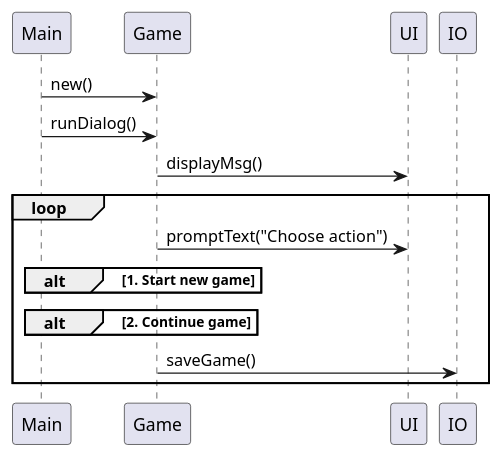
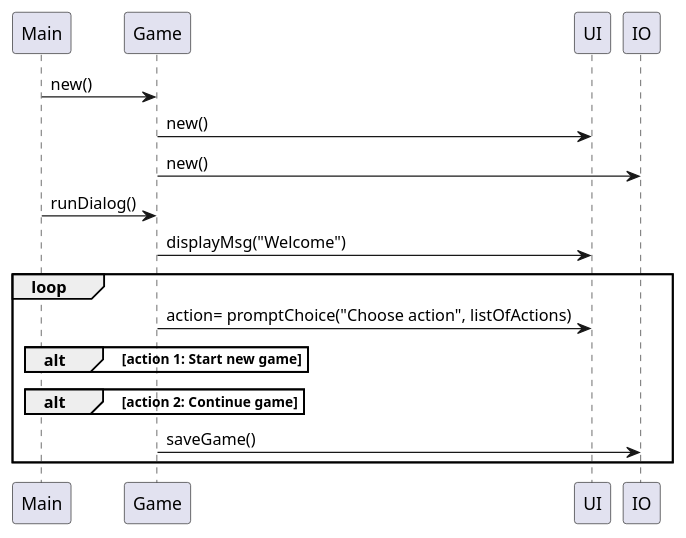
The diagram in doc/sequence_main_dialog.puml (Dat1Cphbusiness/MonopolyE24), drawn with PlantUML before and after one commit. The commit also changed 7 other files, not shown here.

Commit message:
diagrams

```diff
--- a/doc/sequence_main_dialog.puml
+++ b/doc/sequence_main_dialog.puml
@@ -1,18 +1,20 @@
 @startuml
 'https://plantuml.com/sequence-diagram
 
 Main -> Game: new()
+Game -> UI: new()
+Game -> IO: new()
 Main -> Game: runDialog()
-Game -> UI: displayMsg()
+Game -> UI: displayMsg("Welcome")
 loop
-Game -> UI: promptText("Choose action")
-alt 1. Start new game
+Game -> UI: action= promptChoice("Choose action", listOfActions)
+alt action 1: Start new game
 
 end
-alt 2. Continue game
+alt action 2: Continue game
 
 end
 Game -> IO:saveGame()
 end
 
 @enduml
```
